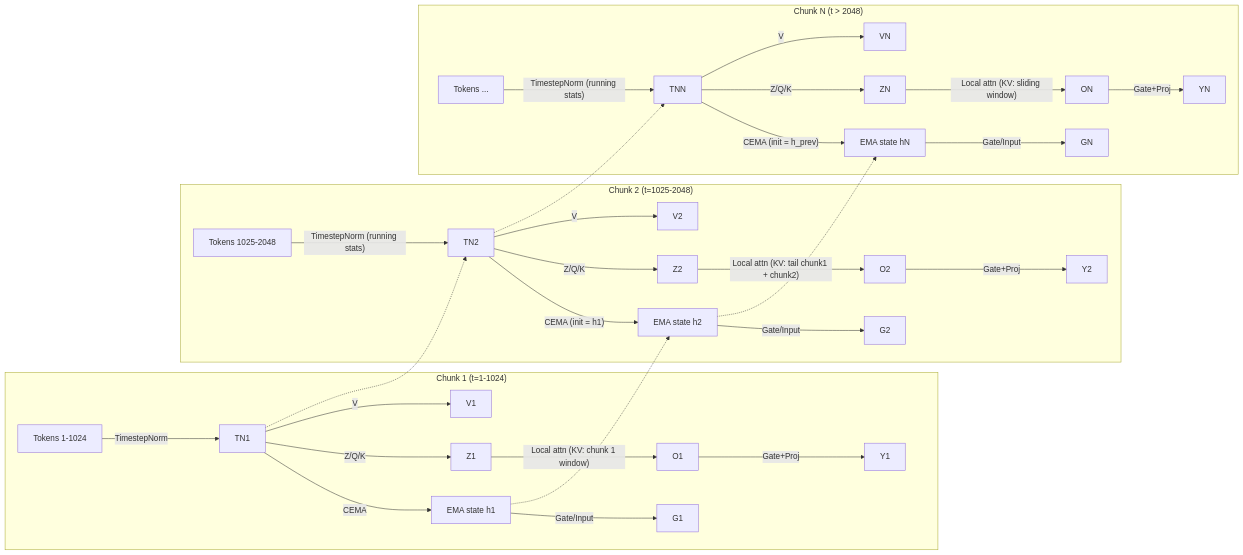
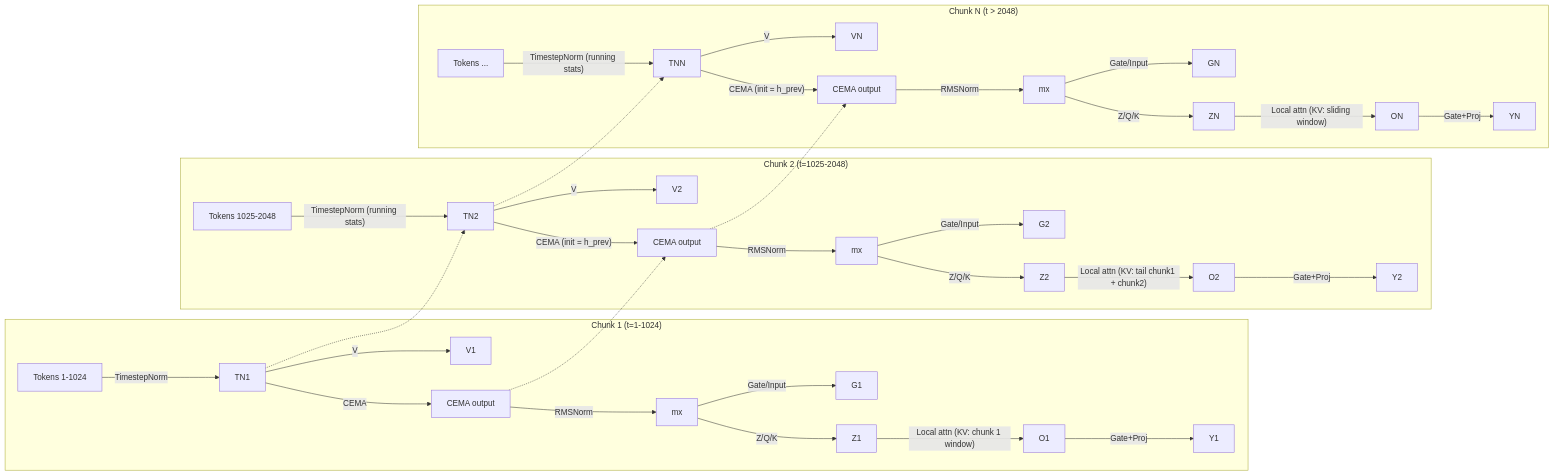
The first of 3 diagrams in docs/long_context_streaming.md (pszemraj/megalodon-hf), drawn with Mermaid before and after one commit. The commit also changed 7 other files, not shown here.

````diff
--- a/docs/long_context_streaming.md
+++ b/docs/long_context_streaming.md
@@ -9,37 +9,40 @@
 ```mermaid
 flowchart LR
     subgraph Chunk1["Chunk 1 (t=1-1024)"]
         A1[Tokens 1-1024] -->|TimestepNorm| TN1
-        TN1 -->|CEMA| C1[EMA state h1]
-        TN1 -->|Z/Q/K| Z1
+        TN1 -->|CEMA| C1[CEMA output]
+        C1 -->|RMSNorm| MX1[mx]
+        MX1 -->|Z/Q/K| Z1
         TN1 -->|V| V1
-        C1 -->|Gate/Input| G1
+        MX1 -->|Gate/Input| G1
         Z1 -->|"Local attn (KV: chunk 1 window)"| O1
         O1 -->|Gate+Proj| Y1
     end
 
     subgraph Chunk2["Chunk 2 (t=1025-2048)"]
         A2[Tokens 1025-2048] -->|"TimestepNorm (running stats)"| TN2
-        TN2 -->|"CEMA (init = h1)"| C2[EMA state h2]
-        TN2 -->|Z/Q/K| Z2
+        TN2 -->|"CEMA (init = h_prev)"| C2[CEMA output]
+        C2 -->|RMSNorm| MX2[mx]
+        MX2 -->|Z/Q/K| Z2
         TN2 -->|V| V2
-        C2 -->|Gate/Input| G2
+        MX2 -->|Gate/Input| G2
         Z2 -->|"Local attn (KV: tail chunk1 + chunk2)"| O2
         O2 -->|Gate+Proj| Y2
     end
 
     subgraph ChunkN["Chunk N (t > 2048)"]
         AN[Tokens ...] -->|"TimestepNorm (running stats)"| TNN
-        TNN -->|"CEMA (init = h_prev)"| CN[EMA state hN]
-        TNN -->|Z/Q/K| ZN
+        TNN -->|"CEMA (init = h_prev)"| CN[CEMA output]
+        CN -->|RMSNorm| MXN[mx]
+        MXN -->|Z/Q/K| ZN
         TNN -->|V| VN
-        CN -->|Gate/Input| GN
+        MXN -->|Gate/Input| GN
         ZN -->|"Local attn (KV: sliding window)"| ON
         ON -->|Gate+Proj| YN
     end
 
     C1 -.-> C2
     C2 -.-> CN
     TN1 -.-> TN2
     TN2 -.-> TNN
 ```
````
